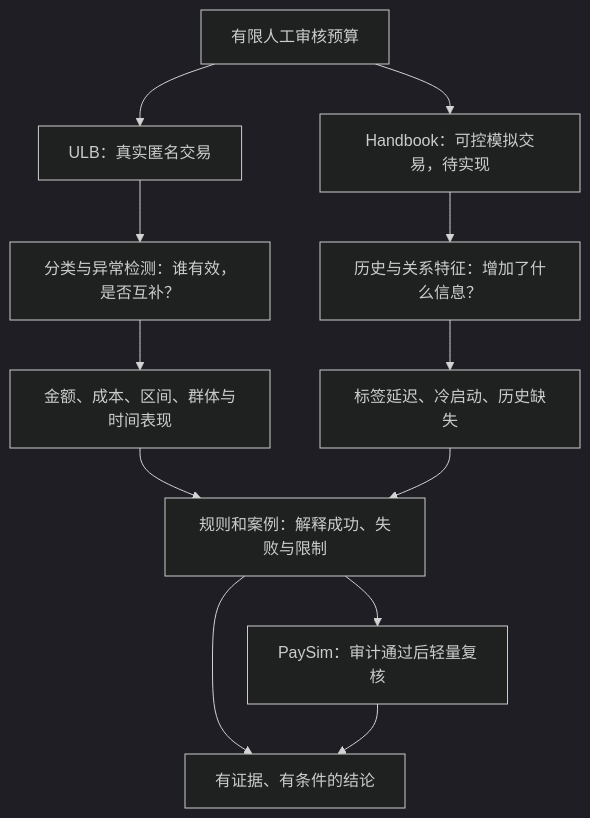
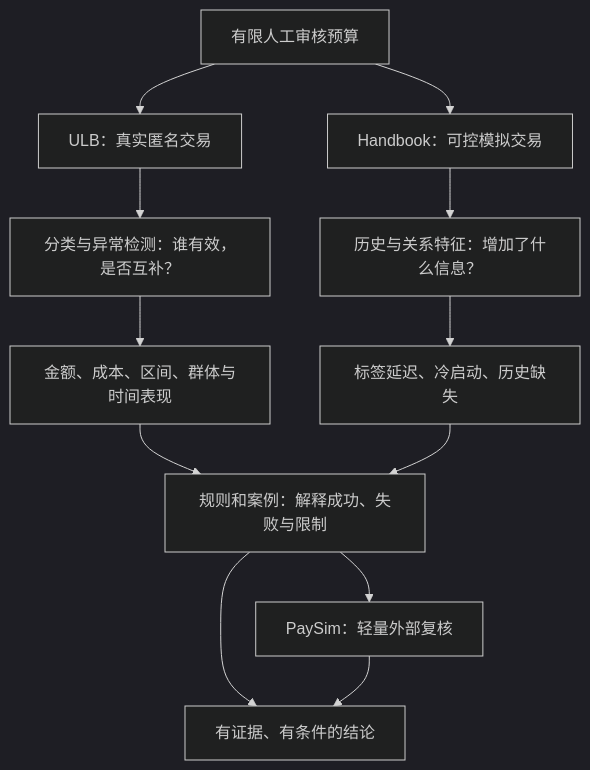
One commit to congrenhang-ship-it/AIAA3111-Group20 changed the diagram in report/PROJECT_STORY.md. Above: the diagram before and after it, drawn with Mermaid (dark theme). The commit also changed other lines of this file and 28 other files, not shown here.

````diff
--- a/report/PROJECT_STORY.md
+++ b/report/PROJECT_STORY.md
@@ -19,14 +15,14 @@
 ```mermaid
 flowchart TD
     Q["有限人工审核预算"] --> U["ULB：真实匿名交易"]
-    Q --> H["Handbook：可控模拟交易，待实现"]
+    Q --> H["Handbook：可控模拟交易"]
     U --> M["分类与异常检测：谁有效，是否互补？"]
     M --> R["金额、成本、区间、群体与时间表现"]
     H --> F["历史与关系特征：增加了什么信息？"]
     F --> S["标签延迟、冷启动、历史缺失"]
     R --> I["规则和案例：解释成功、失败与限制"]
     S --> I
     I --> C["有证据、有条件的结论"]
-    I --> P["PaySim：审计通过后轻量复核"]
+    I --> P["PaySim：轻量外部复核"]
     P --> C
 ```
````
